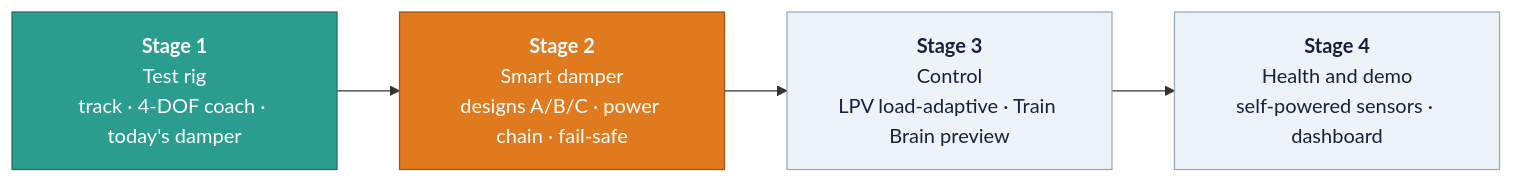
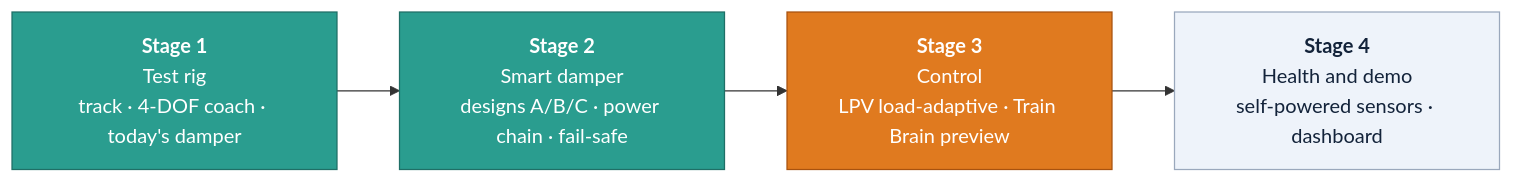
The second of 2 diagrams in README.md (Sangeeth0301/SwarmRide-Bharat), drawn with Mermaid before and after one commit. The commit also changed other lines of this file and 2 other files, not shown here.

````diff
--- a/README.md
+++ b/README.md
@@ -149,14 +149,14 @@
 ```mermaid
 flowchart LR
     S1["<b>Stage 1</b><br/>Test rig<br/>track · 4-DOF coach · today's damper"]
     S2["<b>Stage 2</b><br/>Smart damper<br/>designs A/B/C · power chain · fail-safe"]
     S3["<b>Stage 3</b><br/>Control<br/>LPV load-adaptive · Train Brain preview"]
     S4["<b>Stage 4</b><br/>Health and demo<br/>self-powered sensors · dashboard"]
     S1 --> S2 --> S3 --> S4
     classDef done fill:#2A9D8F,stroke:#1F6F66,color:#ffffff
     classDef now fill:#E07A1F,stroke:#A8520F,color:#ffffff
     classDef next fill:#EEF3FA,stroke:#9AA8BC,color:#13233A
-    class S1 done
-    class S2 now
-    class S3,S4 next
+    class S1,S2 done
+    class S3 now
+    class S4 next
 ```
````
